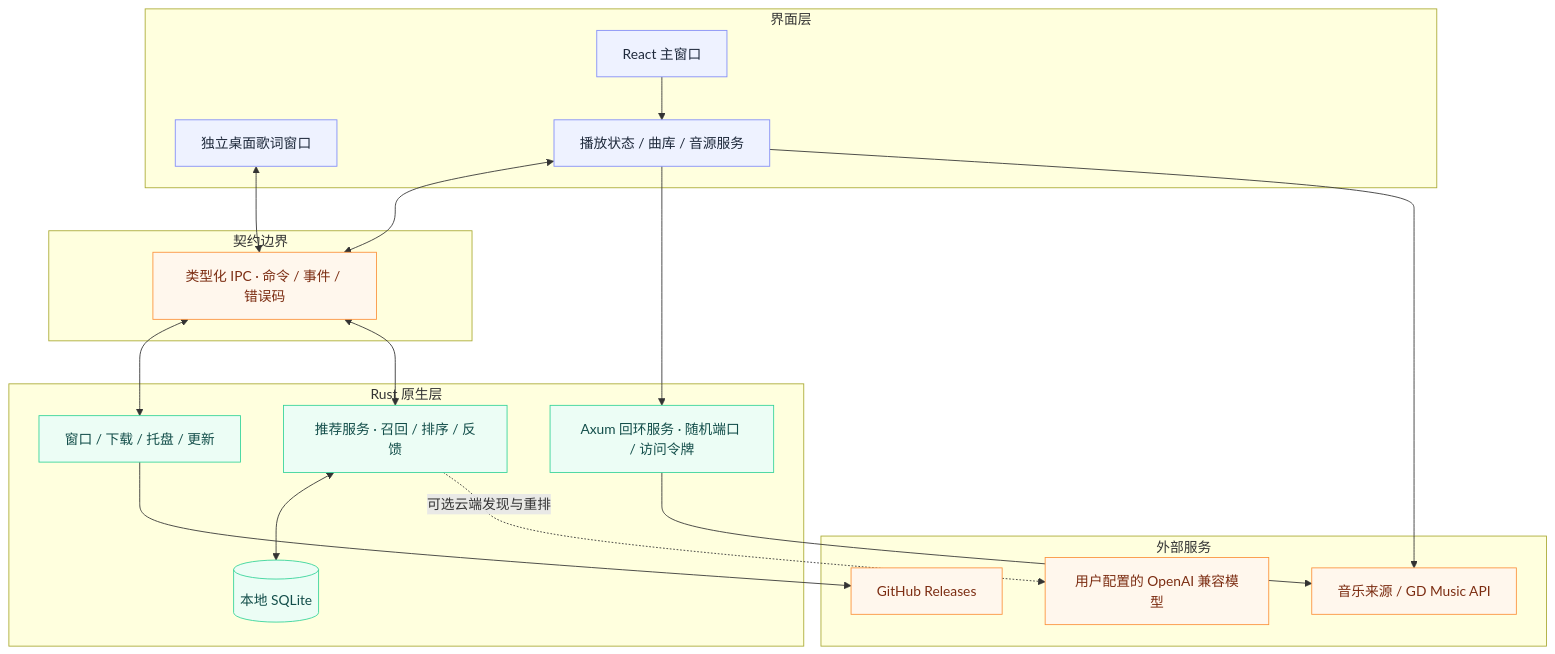
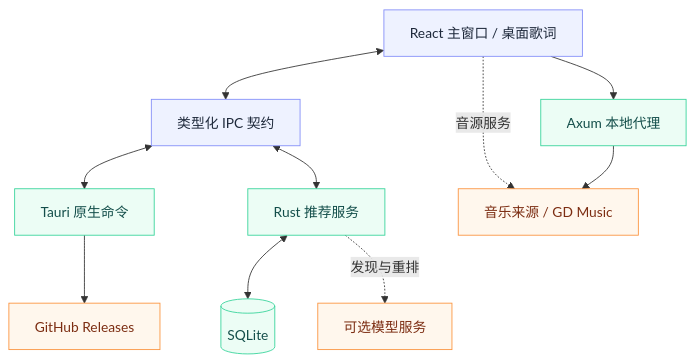
One commit to alanbulan/TuneFree changed the first of 2 diagrams in README.md. Above: the diagram before and after it, drawn with Mermaid. The commit also changed other lines of this file, not shown here.

Commit message:
docs: order README sections and lead with the app icon [skip ci]

````diff
--- a/README.md
+++ b/README.md
@@ -65,39 +67,27 @@
 ```mermaid
 flowchart TB
-    subgraph Presentation[界面层]
-        Main[React 主窗口]
-        Lyric[独立桌面歌词窗口]
-        Core[播放状态 / 曲库 / 音源服务]
-        Main --> Core
-    end
-    subgraph Contract[契约边界]
-        IPC[类型化 IPC · 命令 / 事件 / 错误码]
-    end
-    subgraph Native[Rust 原生层]
-        App[窗口 / 下载 / 托盘 / 更新]
-        Rec[推荐服务 · 召回 / 排序 / 反馈]
-        HTTP[Axum 回环服务 · 随机端口 / 访问令牌]
-        DB[(本地 SQLite)]
-        Rec <--> DB
-    end
-    subgraph External[外部服务]
-        Music[音乐来源 / GD Music API]
-        LLM[用户配置的 OpenAI 兼容模型]
-        Release[GitHub Releases]
-    end
-    Core <--> IPC
-    Lyric <--> IPC
+    UI[React 主窗口 / 桌面歌词]
+    IPC[类型化 IPC 契约]
+    HTTP[Axum 本地代理]
+    App[Tauri 原生命令]
+    Rec[Rust 推荐服务]
+    DB[(SQLite)]
+    Music[音乐来源 / GD Music]
+    LLM[可选模型服务]
+    Release[GitHub Releases]
+    UI <--> IPC
+    UI --> HTTP
+    UI -. 音源服务 .-> Music
     IPC <--> App
     IPC <--> Rec
-    Core --> HTTP
     HTTP --> Music
-    Core --> Music
-    Rec -. 可选云端发现与重排 .-> LLM
+    Rec <--> DB
+    Rec -. 发现与重排 .-> LLM
     App --> Release
     classDef ui fill:#eef2ff,stroke:#818cf8,color:#1e293b
     classDef native fill:#ecfdf5,stroke:#34d399,color:#134e4a
     classDef edge fill:#fff7ed,stroke:#fb923c,color:#7c2d12
-    class Main,Lyric,Core ui
+    class UI,IPC ui
     class App,Rec,HTTP,DB native
-    class IPC,Music,LLM,Release edge
+    class Music,LLM,Release edge
 ```
````
